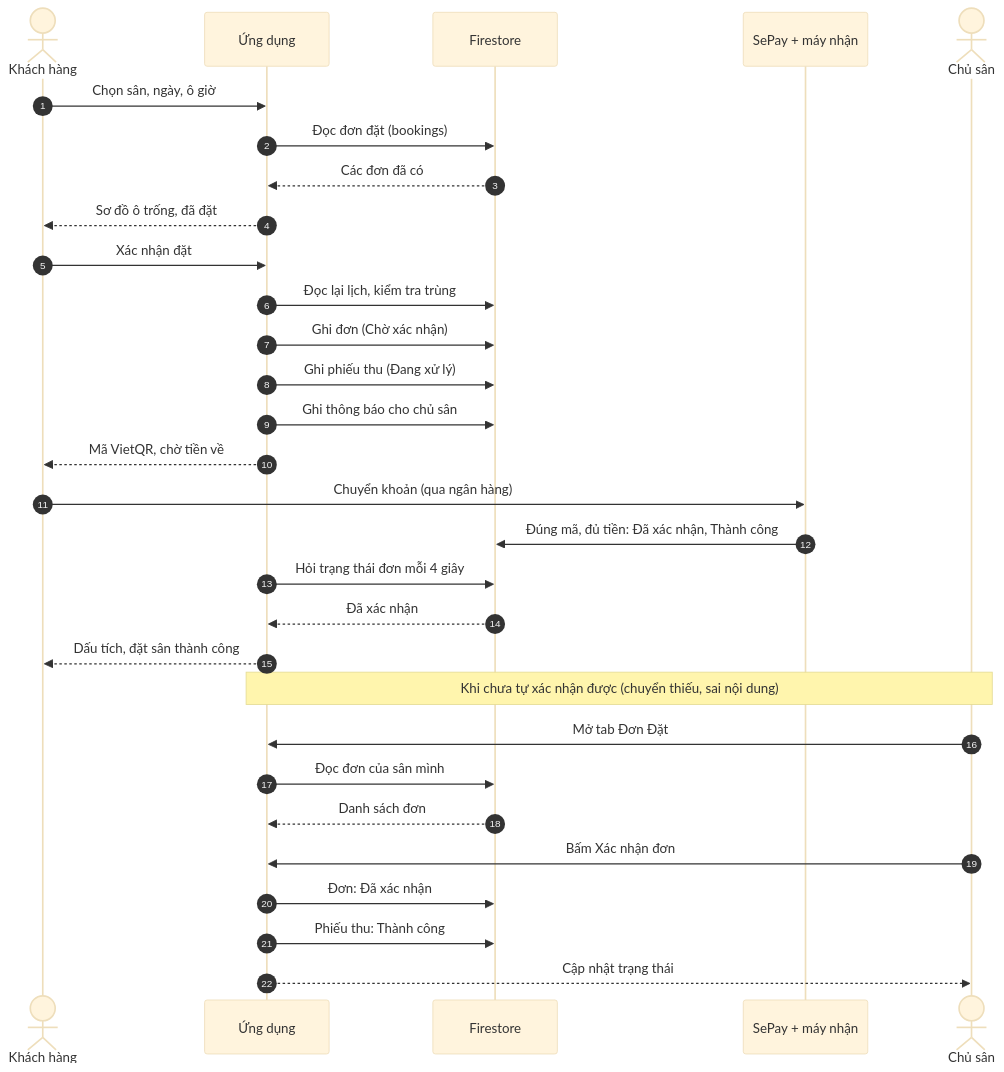
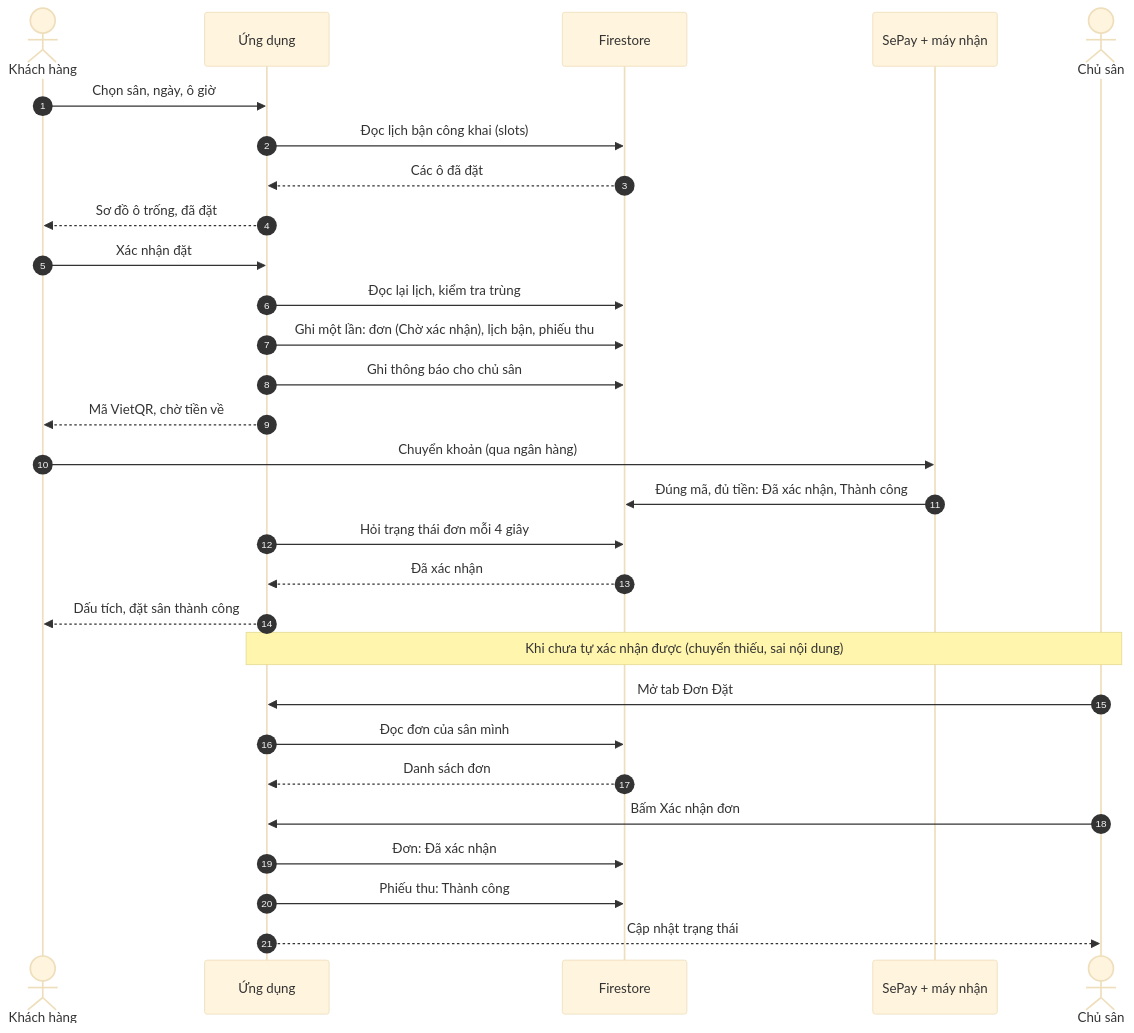
One commit to dinhngochuy2909/DoAnTotNghiep changed the diagram in docs/diagrams/nguon/tuan-tu-dat-san.mmd. Above: the diagram before and after it, drawn with Mermaid (base theme). The commit also changed 12 other files, not shown here.

```diff
--- a/docs/diagrams/nguon/tuan-tu-dat-san.mmd
+++ b/docs/diagrams/nguon/tuan-tu-dat-san.mmd
@@ -1,30 +1,29 @@
 sequenceDiagram
   autonumber
   actor KH as Khách hàng
   participant APP as Ứng dụng
   participant FS as Firestore
   participant SP as SePay + máy nhận
   actor CS as Chủ sân
   KH->>APP: Chọn sân, ngày, ô giờ
-  APP->>FS: Đọc đơn đặt (bookings)
-  FS-->>APP: Các đơn đã có
+  APP->>FS: Đọc lịch bận công khai (slots)
+  FS-->>APP: Các ô đã đặt
   APP-->>KH: Sơ đồ ô trống, đã đặt
   KH->>APP: Xác nhận đặt
   APP->>FS: Đọc lại lịch, kiểm tra trùng
-  APP->>FS: Ghi đơn (Chờ xác nhận)
-  APP->>FS: Ghi phiếu thu (Đang xử lý)
+  APP->>FS: Ghi một lần: đơn (Chờ xác nhận), lịch bận, phiếu thu
   APP->>FS: Ghi thông báo cho chủ sân
   APP-->>KH: Mã VietQR, chờ tiền về
   KH->>SP: Chuyển khoản (qua ngân hàng)
   SP->>FS: Đúng mã, đủ tiền: Đã xác nhận, Thành công
   APP->>FS: Hỏi trạng thái đơn mỗi 4 giây
   FS-->>APP: Đã xác nhận
   APP-->>KH: Dấu tích, đặt sân thành công
   Note over CS,APP: Khi chưa tự xác nhận được (chuyển thiếu, sai nội dung)
   CS->>APP: Mở tab Đơn Đặt
   APP->>FS: Đọc đơn của sân mình
   FS-->>APP: Danh sách đơn
   CS->>APP: Bấm Xác nhận đơn
   APP->>FS: Đơn: Đã xác nhận
   APP->>FS: Phiếu thu: Thành công
   APP-->>CS: Cập nhật trạng thái
```
